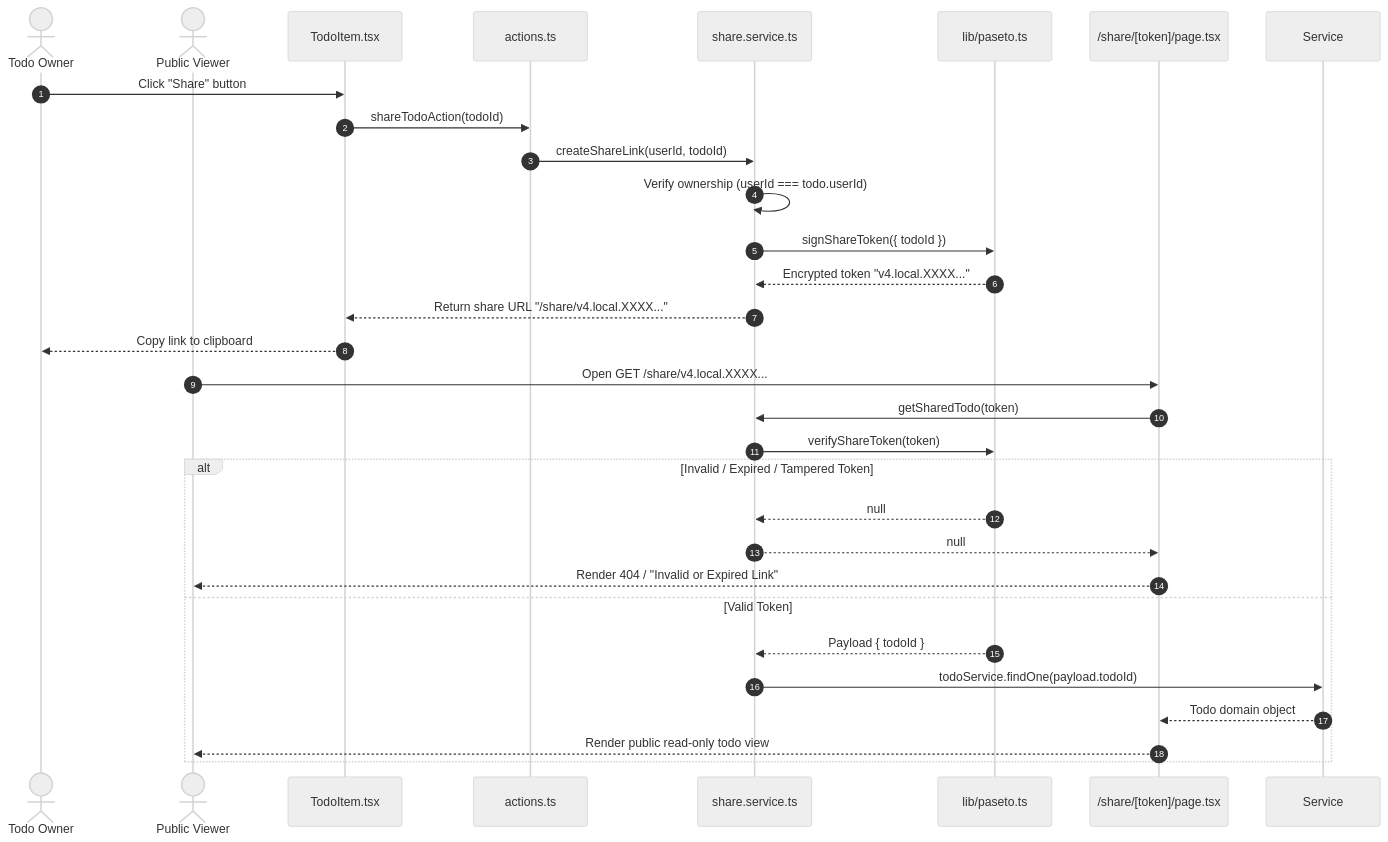
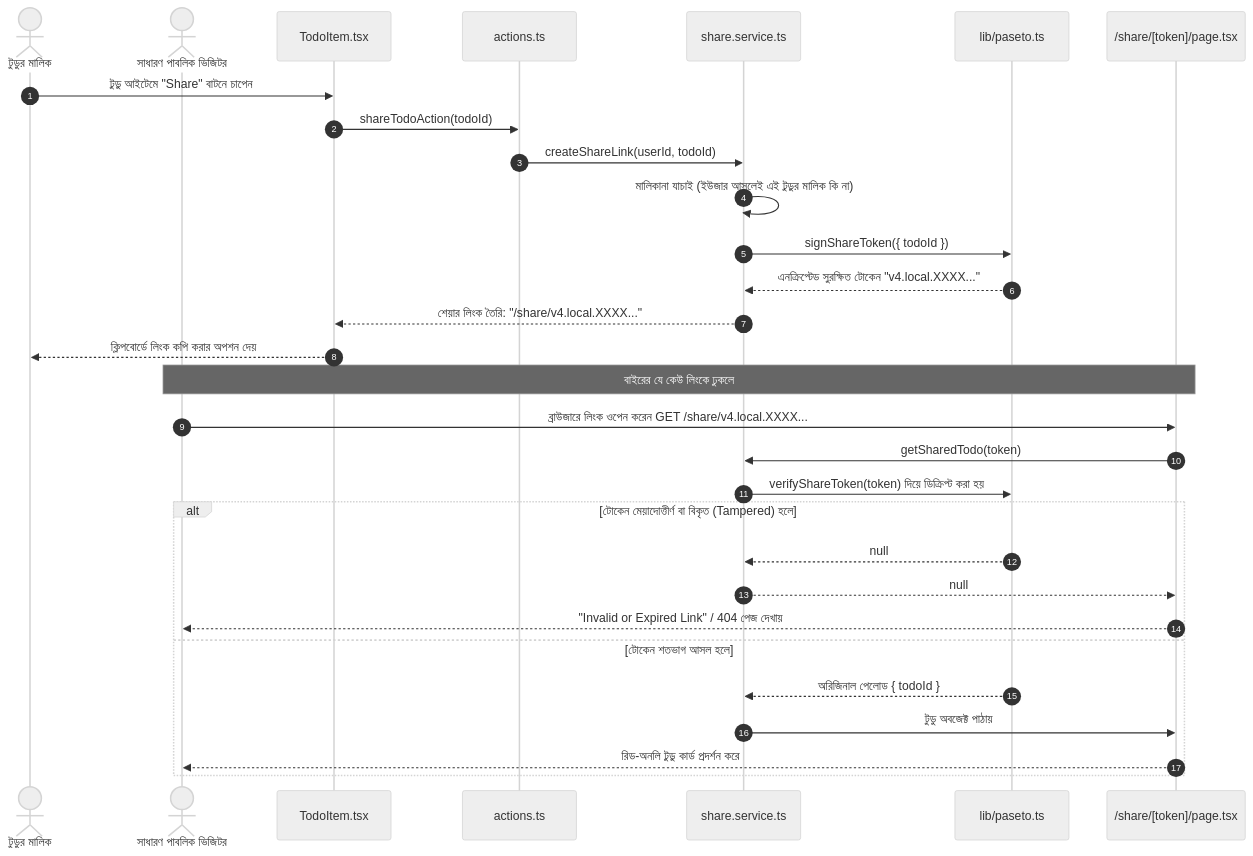
One commit to Rana2324/Todo-App changed the third of 3 diagrams in docs/design/system-flow.md. Above: the diagram before and after it, drawn with Mermaid (neutral theme). The commit also changed other lines of this file and 26 other files, not shown here.

````diff
--- a/docs/design/system-flow.md
+++ b/docs/design/system-flow.md
@@ -68,34 +81,34 @@
 ```mermaid
 sequenceDiagram
     autonumber
-    actor Owner as Todo Owner
-    actor Recipient as Public Viewer
+    actor Owner as টুডুর মালিক
+    actor Recipient as সাধারণ পাবলিক ভিজিটর
     participant UI as TodoItem.tsx
     participant ShareAction as actions.ts
     participant ShareService as share.service.ts
     participant Paseto as lib/paseto.ts
     participant SharePage as /share/[token]/page.tsx
 
-    Owner->>UI: Click "Share" button
+    Owner->>UI: টুডু আইটেমে "Share" বাটনে চাপেন
     UI->>ShareAction: shareTodoAction(todoId)
     ShareAction->>ShareService: createShareLink(userId, todoId)
-    ShareService->>ShareService: Verify ownership (userId === todo.userId)
+    ShareService->>ShareService: মালিকানা যাচাই (ইউজার আসলেই এই টুডুর মালিক কি না)
     ShareService->>Paseto: signShareToken({ todoId })
-    Paseto-->>ShareService: Encrypted token "v4.local.XXXX..."
-    ShareService-->>UI: Return share URL "/share/v4.local.XXXX..."
-    UI-->>Owner: Copy link to clipboard
+    Paseto-->>ShareService: এনক্রিপ্টেড সুরক্ষিত টোকেন "v4.local.XXXX..."
+    ShareService-->>UI: শেয়ার লিংক তৈরি: "/share/v4.local.XXXX..."
+    UI-->>Owner: ক্লিপবোর্ডে লিংক কপি করার অপশন দেয়
 
-    Recipient->>SharePage: Open GET /share/v4.local.XXXX...
+    Note over Recipient,SharePage: বাইরের যে কেউ লিংকে ঢুকলে
+    Recipient->>SharePage: ব্রাউজারে লিংক ওপেন করেন GET /share/v4.local.XXXX...
     SharePage->>ShareService: getSharedTodo(token)
-    ShareService->>Paseto: verifyShareToken(token)
-    alt Invalid / Expired / Tampered Token
+    ShareService->>Paseto: verifyShareToken(token) দিয়ে ডিক্রিপ্ট করা হয়
+    alt টোকেন মেয়াদোত্তীর্ণ বা বিকৃত (Tampered) হলে
         Paseto-->>ShareService: null
         ShareService-->>SharePage: null
-        SharePage-->>Recipient: Render 404 / "Invalid or Expired Link"
-    else Valid Token
-        Paseto-->>ShareService: Payload { todoId }
-        ShareService->>Service: todoService.findOne(payload.todoId)
-        Service-->>SharePage: Todo domain object
-        SharePage-->>Recipient: Render public read-only todo view
+        SharePage-->>Recipient: "Invalid or Expired Link" / 404 পেজ দেখায়
+    else টোকেন শতভাগ আসল হলে
+        Paseto-->>ShareService: অরিজিনাল পেলোড { todoId }
+        ShareService->>SharePage: টুডু অবজেক্ট পাঠায়
+        SharePage-->>Recipient: রিড-অনলি টুডু কার্ড প্রদর্শন করে
     end
 ```
````
